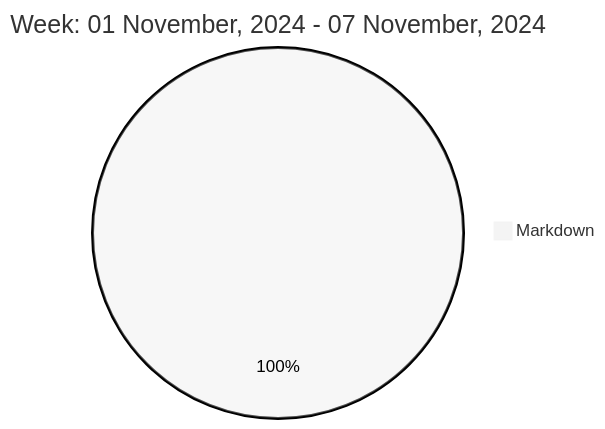
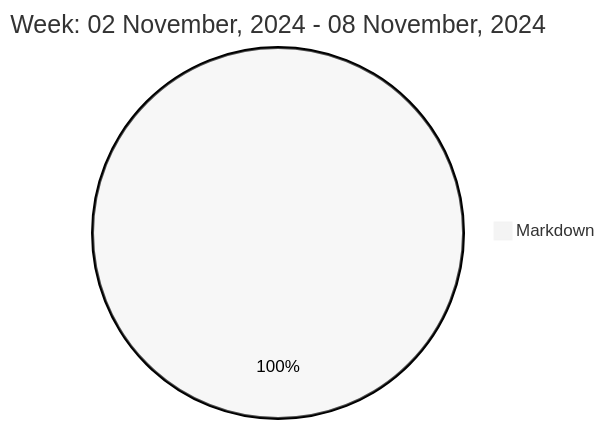
One commit to liubin95/liubin95 changed the diagram in README.md. Above: the diagram before and after it, drawn with Mermaid (neutral theme).

Commit message:
Updated the Graph with new Metrics

````diff
--- a/README.md
+++ b/README.md
@@ -37,5 +37,5 @@
 ```mermaid
  pie
-title Week: 01 November, 2024 - 07 November, 2024
- "Markdown" : 3.17
+title Week: 02 November, 2024 - 08 November, 2024
+ "Markdown" : 3.08
 ```
````
